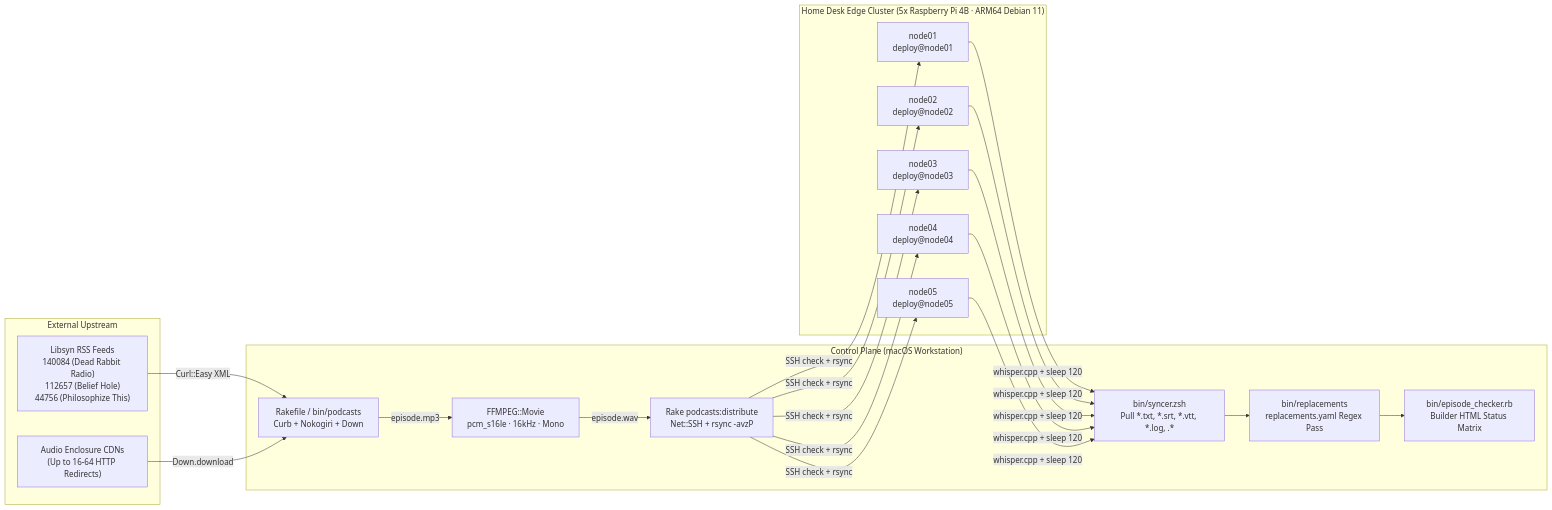
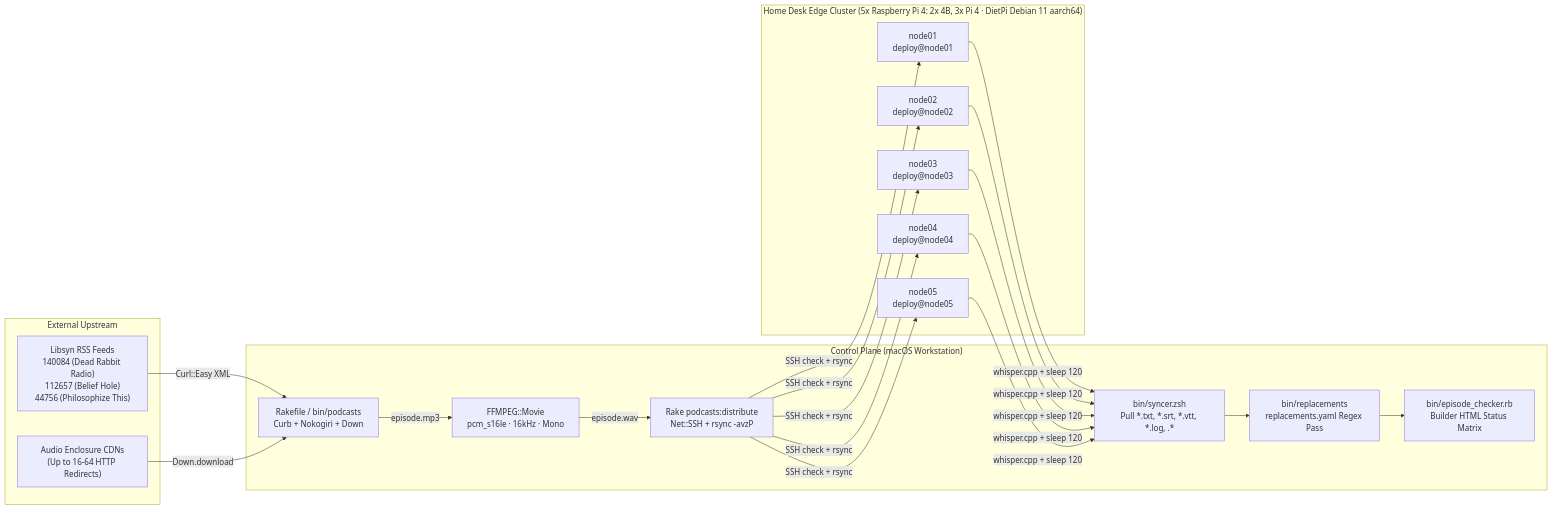
One commit to just3ws/just3ws.github.io changed the second of 8 diagrams in docs/studio-workbench-fluffle-theseus-briefing.md. Above: the diagram before and after it, drawn with Mermaid. The commit also changed other lines of this file and 13 other files, not shown here.

Commit message:
Audit and align Fluffle episode sequence, RPi/DietPi/Ruby/Whisper specs, and citations

````diff
--- a/docs/studio-workbench-fluffle-theseus-briefing.md
+++ b/docs/studio-workbench-fluffle-theseus-briefing.md
@@ -118,32 +129,32 @@
 ```mermaid
 flowchart LR
     subgraph EXT["External Upstream"]
         RSS["Libsyn RSS Feeds<br/>140084 (Dead Rabbit Radio)<br/>112657 (Belief Hole)<br/>44756 (Philosophize This)"]
         CDN["Audio Enclosure CDNs<br/>(Up to 16-64 HTTP Redirects)"]
     end
 
     subgraph CTRL["Control Plane (macOS Workstation)"]
         RAKE["Rakefile / bin/podcasts<br/>Curb + Nokogiri + Down"]
         FFM["FFMPEG::Movie<br/>pcm_s16le · 16kHz · Mono"]
         DIST["Rake podcasts:distribute<br/>Net::SSH + rsync -avzP"]
         SYNC["bin/syncer.zsh<br/>Pull *.txt, *.srt, *.vtt, *.log, .*"]
         CLEAN["bin/replacements<br/>replacements.yaml Regex Pass"]
         REPORT["bin/episode_checker.rb<br/>Builder HTML Status Matrix"]
     end
 
-    subgraph LAN["Home Desk Edge Cluster (5x Raspberry Pi 4B · ARM64 Debian 11)"]
+    subgraph LAN["Home Desk Edge Cluster (5x Raspberry Pi 4: 2x 4B, 3x Pi 4 · DietPi Debian 11 aarch64)"]
         N1["node01<br/>deploy@node01"]
         N2["node02<br/>deploy@node02"]
         N3["node03<br/>deploy@node03"]
         N4["node04<br/>deploy@node04"]
         N5["node05<br/>deploy@node05"]
     end
 
     RSS -->|"Curl::Easy XML"| RAKE
     CDN -->|"Down.download"| RAKE
     RAKE -->|"episode.mp3"| FFM
     FFM -->|"episode.wav"| DIST
     DIST -->|"SSH check + rsync"| N1 & N2 & N3 & N4 & N5
     N1 & N2 & N3 & N4 & N5 -->|"whisper.cpp + sleep 120"| SYNC
     SYNC --> CLEAN --> REPORT
 ```
````
